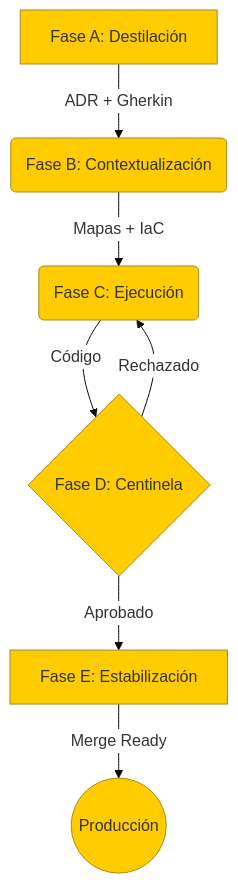
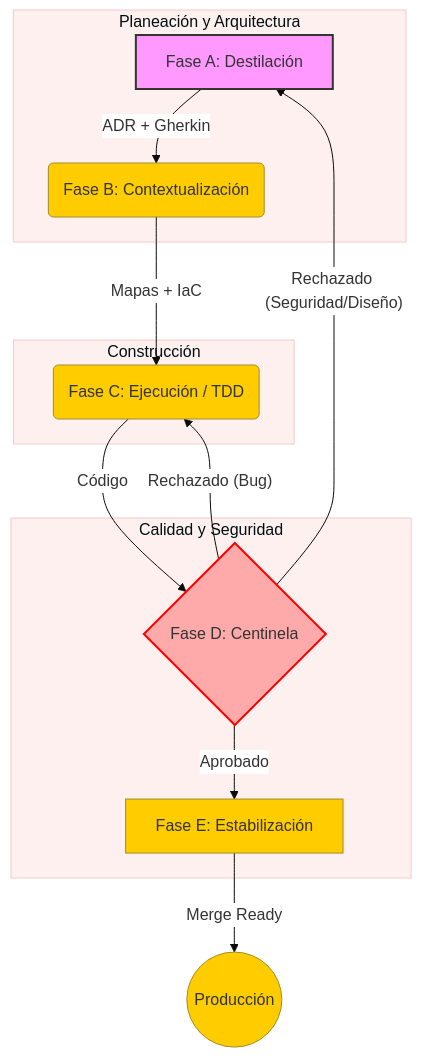
One commit to LuisFelipe09/ASEF changed the diagram in docs/manual-asef.md. Above: the diagram before and after it, drawn with Mermaid. The commit also changed other lines of this file and 2 other files, not shown here.

Commit message:
Refactor ASEF as a Knowledge Product: Learning Path, Visuals, and Examples
- Implemented Learning Path structure:
  - README.md: Explorer level (Intro & Value Prop).
  - docs/manual-asef.md: Architect level (Deep dive into A-B-C-D-E lifecycle and Pillars).
- Added Visual Documentation:
  - Created `docs/diagrams/` with `lifecycle.mmd` and `pillars.mmd`.
  - Embedded diagrams in `manual-asef.md`.
- Created Case Study Example:
  - `examples/simple-crud/` illustrating the full ASEF flow (ADR, Gherkin, Architecture Diagram).
- Updated Infrastructure:
  - Added `docs/meta-adr/` with README for framework evolution.
  - Updated `setup-asef.sh` to scaffold the new directory structure.
- Addressed Review Comments:
  - Removed "RAG" terminology in favor of "AI Readability".
  - Synchronized embedded diagrams with source files.

````diff
--- a/docs/manual-asef.md
+++ b/docs/manual-asef.md
@@ -49,10 +49,23 @@
 ```mermaid
 %%{init: {'theme': 'base', 'themeVariables': { 'primaryColor': '#ffcc00', 'edgeLabelBackground':'#ffffff', 'tertiaryColor': '#fff0f0'}}}%%
 graph TD
-    A[Fase A: Destilación] -->|ADR + Gherkin| B(Fase B: Contextualización)
-    B -->|Mapas + IaC| C(Fase C: Ejecución)
-    C -->|Código| D{Fase D: Centinela}
-    D -- Aprobado --> E[Fase E: Estabilización]
-    D -- Rechazado --> C
+    subgraph Planning [Planeación y Arquitectura]
+        A[Fase A: Destilación] -->|ADR + Gherkin| B(Fase B: Contextualización)
+    end
+
+    subgraph Execution [Construcción]
+        B -->|Mapas + IaC| C(Fase C: Ejecución / TDD)
+    end
+
+    subgraph Audit [Calidad y Seguridad]
+        C -->|Código| D{Fase D: Centinela}
+        D -- Rechazado (Seguridad/Diseño) --> A
+        D -- Rechazado (Bug) --> C
+        D -- Aprobado --> E[Fase E: Estabilización]
+    end
+
     E -->|Merge Ready| F((Producción))
+
+    style A fill:#f9f,stroke:#333,stroke-width:2px
+    style D fill:#faa,stroke:#f00,stroke-width:2px
 ```
````
